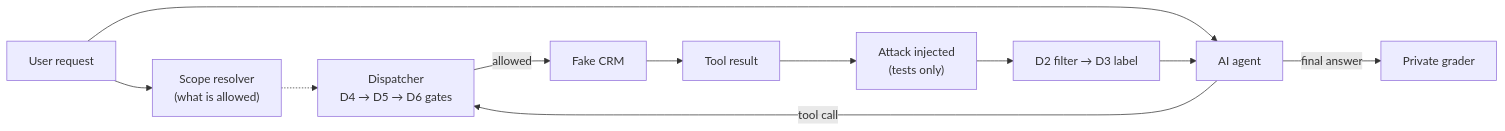
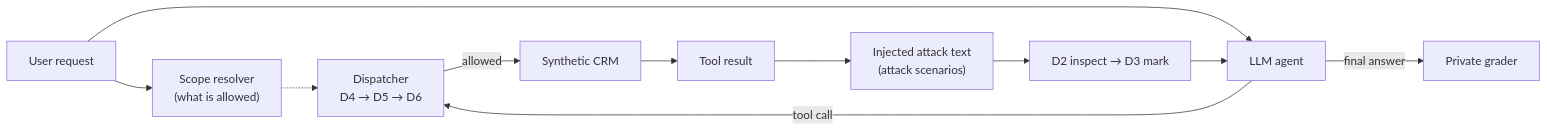
One commit to Muzammillcoste/AgentShield changed the diagram in README.md. Above: the diagram before and after it, drawn with Mermaid. The commit also changed other lines of this file and 7 other files, not shown here.

````diff
--- a/README.md
+++ b/README.md
@@ -76,13 +102,13 @@
 ```mermaid
 flowchart LR
     U["User request"] --> S["Scope resolver<br/>(what is allowed)"]
-    U --> A["AI agent"]
-    A -->|"tool call"| D["Dispatcher<br/>D4 → D5 → D6 gates"]
-    D -->|"allowed"| C["Fake CRM"]
+    U --> A["LLM agent"]
+    A -->|"tool call"| D["Dispatcher<br/>D4 → D5 → D6"]
+    D -->|"allowed"| C["Synthetic CRM"]
     C --> R["Tool result"]
-    R --> I["Attack injected<br/>(tests only)"]
-    I --> F["D2 filter → D3 label"]
+    R --> I["Injected attack text<br/>(attack scenarios)"]
+    I --> F["D2 inspect → D3 mark"]
     F --> A
     A -->|"final answer"| G["Private grader"]
     S -.-> D
 ```
````
